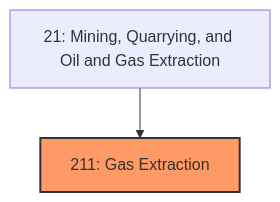
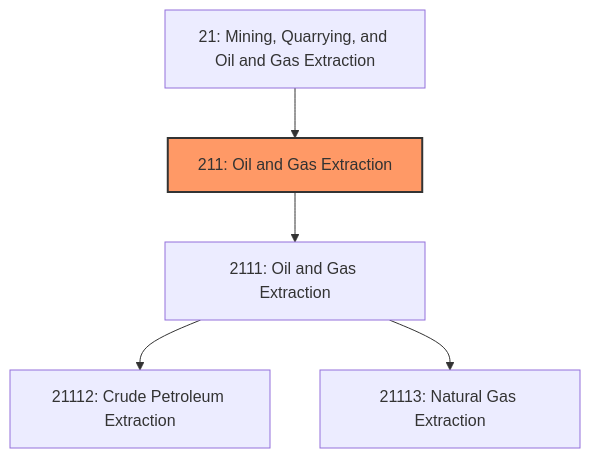
Before and after one commit to kziemski/business.org.ai: the first of 3 diagrams in industries/Mining/GasExtraction.mdx, drawn with Mermaid. The commit also changed other lines of this file and 67 other files, not shown here.

````diff
--- a/industries/Mining/GasExtraction.mdx
+++ b/industries/Mining/GasExtraction.mdx
@@ -22,6 +40,9 @@
 ```mermaid
 graph TD
     S21["21: Mining, Quarrying, and Oil and Gas Extraction"]
-    S21 --> N211["211: Gas Extraction"]
+    S21 --> N211["211: Oil and Gas Extraction"]
     style N211 fill:#f96,stroke:#333,stroke-width:2px
+    N211 --> N2111["2111: Oil and Gas Extraction"]
+    N2111 --> N21112["21112: Crude Petroleum Extraction"]
+    N2111 --> N21113["21113: Natural Gas Extraction"]
 ```
````
